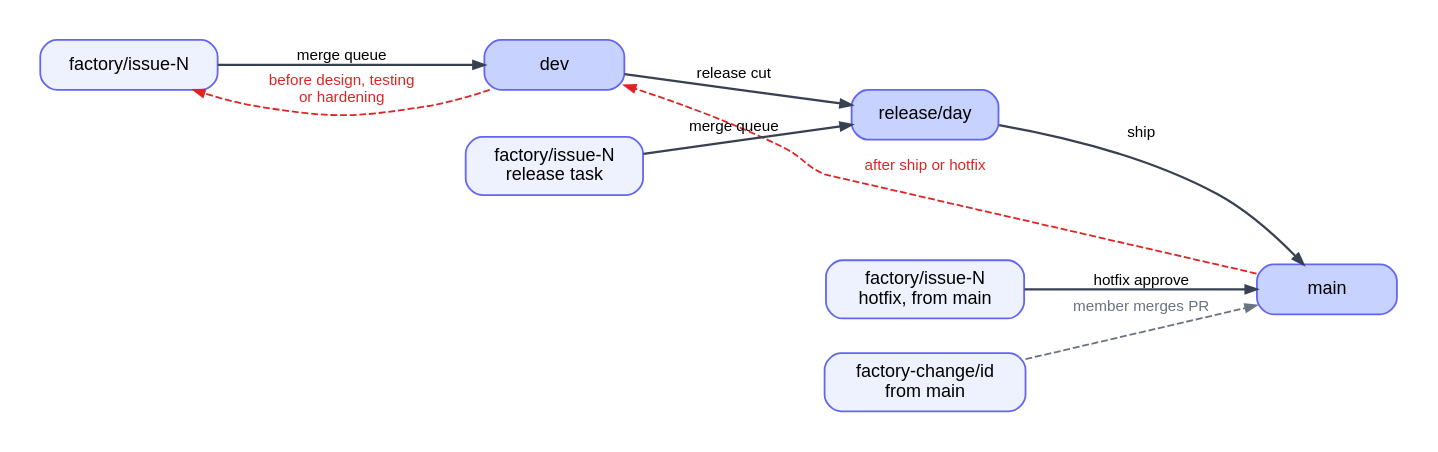
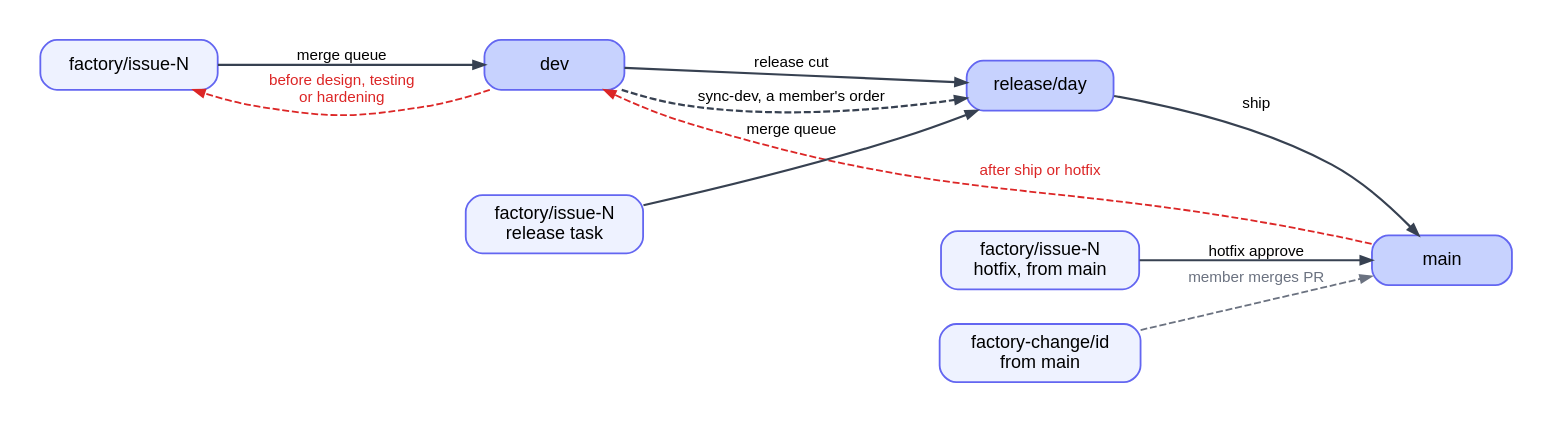
The diagram in factory/docs/diagrams/branches.dot (ROAM-game-org/road-machiners), drawn with Graphviz before and after one commit. The commit also changed 20 other files, not shown here.

First line of the commit message:
A member's factory sync-dev merges GitHub's dev into the open release; the release playtest and candidate run again on the new head

```diff
--- a/factory/docs/diagrams/branches.dot
+++ b/factory/docs/diagrams/branches.dot
@@ -1,15 +1,16 @@
 // Branches. Each arrow is a merge. Grey: a pull request a member merges.
 digraph branches {
   rankdir=LR; nodesep=0.35; ranksep=0.8; bgcolor=white; pad=0.3;
   node [shape=box, style="rounded,filled", fillcolor="#eef2ff", color="#6366f1", fontname="Helvetica", fontsize=13, margin="0.2,0.1", penwidth=1.3, width=1.4];
   edge [color="#374151", penwidth=1.6, arrowsize=0.8, fontname="Helvetica", fontsize=11];
   issue [label="factory/issue-N"]; dev [label="dev", fillcolor="#c7d2fe"]; rel [label="release/day", fillcolor="#c7d2fe"]; main [label="main", fillcolor="#c7d2fe"];
   task [label="factory/issue-N\nrelease task"]; hotfix [label="factory/issue-N\nhotfix, from main"]; chg [label="factory-change/id\nfrom main"];
   issue -> dev [label="merge queue"]; dev -> rel [label="release cut"]; rel -> main [label="ship"];
-  task -> rel [label="merge queue"]; hotfix -> main [label="hotfix approve"];
+  task -> rel [label="merge queue"];
+  dev -> rel [label="sync-dev, a member's order", style=dashed, constraint=false]; hotfix -> main [label="hotfix approve"];
   edge [color="#dc2626", fontcolor="#dc2626", style=dashed, penwidth=1.3];
   main -> dev [label="after ship or hotfix", constraint=false];
   dev -> issue [label="before design, testing\nor hardening", constraint=false];
   edge [color="#6b7280", fontcolor="#6b7280"];
   chg -> main [label="member merges PR"];
 }
```
